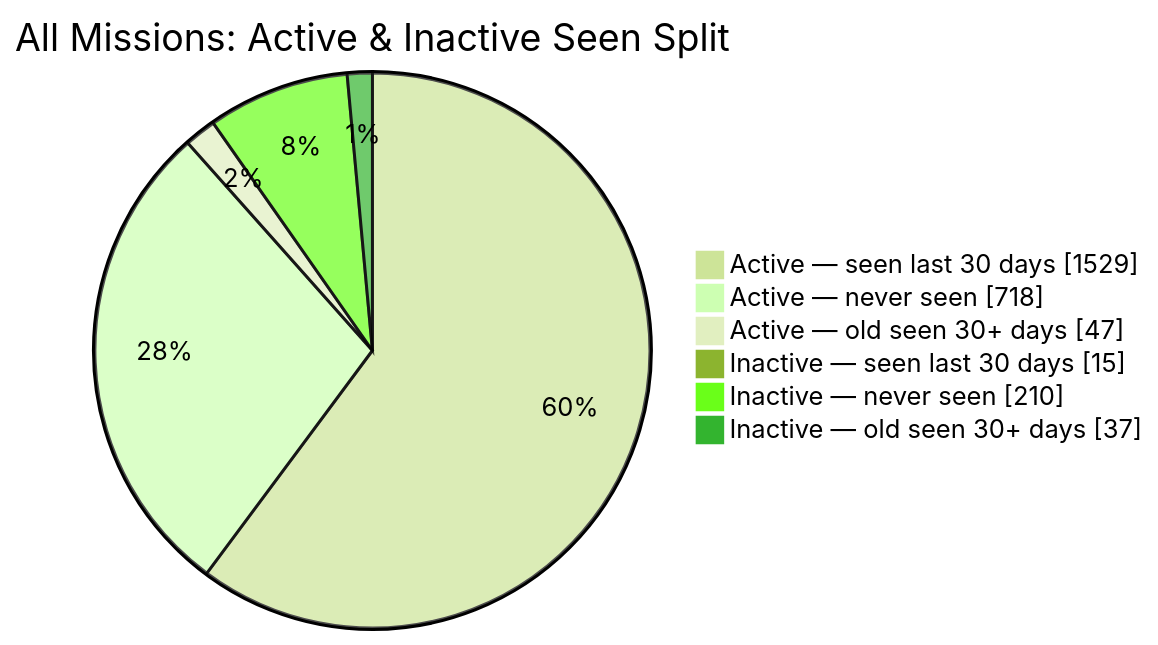
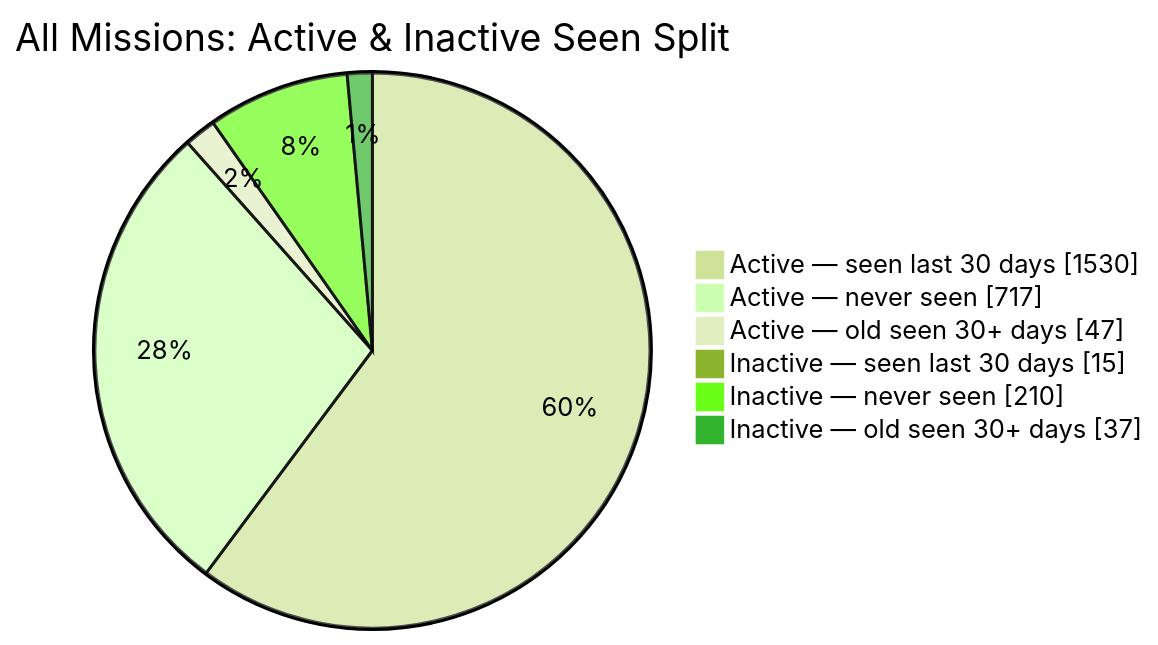
The second of 2 diagrams in README.md (MeldkamerspelGameTeam/active-missions), drawn with Mermaid (forest theme) before and after one commit. The commit also changed other lines of this file and 3 other files, not shown here.

````diff
--- a/README.md
+++ b/README.md
@@ -44,10 +44,10 @@
 ```mermaid
 pie showData
     title All Missions: Active & Inactive Seen Split
-    "Active — seen last 30 days" : 1529
-    "Active — never seen" : 718
+    "Active — seen last 30 days" : 1530
+    "Active — never seen" : 717
     "Active — old seen 30+ days" : 47
     "Inactive — seen last 30 days" : 15
     "Inactive — never seen" : 210
     "Inactive — old seen 30+ days" : 37
 ```
````
